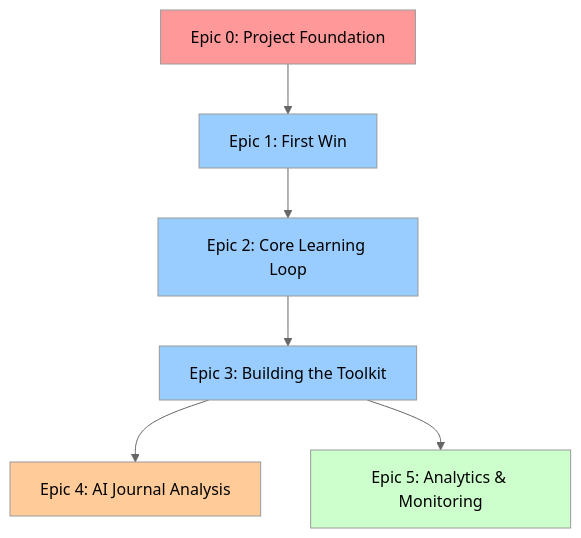
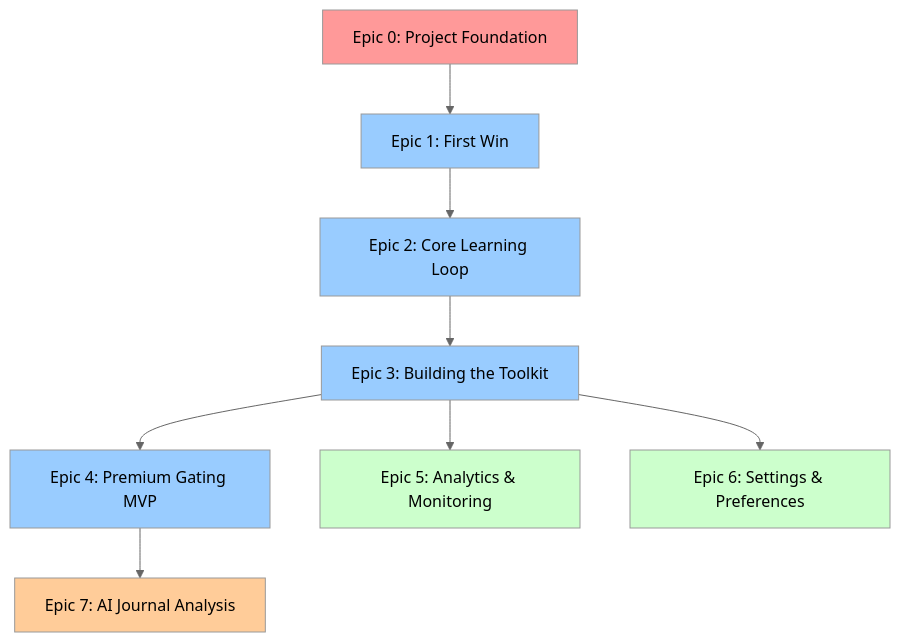
The diagram in docs/epics/index.md (dhargitai/lattixiq), drawn with Mermaid (neutral theme) before and after one commit. The commit also changed other lines of this file and 2 other files, not shown here.

Commit message:
Restructure Epic 4 for simplified premium gating with content blocks table and move advanced AI features to Epic 7

````diff
--- a/docs/epics/index.md
+++ b/docs/epics/index.md
@@ -7,15 +7,19 @@
 ```mermaid
 graph TD
     E0[Epic 0: Project Foundation] --> E1[Epic 1: First Win]
     E1 --> E2[Epic 2: Core Learning Loop]
     E2 --> E3[Epic 3: Building the Toolkit]
-    E3 --> E4[Epic 4: AI Journal Analysis]
+    E3 --> E4[Epic 4: Premium Gating MVP]
     E3 --> E5[Epic 5: Analytics & Monitoring]
-    
+    E3 --> E6[Epic 6: Settings & Preferences]
+    E4 --> E7[Epic 7: AI Journal Analysis]
+
     style E0 fill:#ff9999
     style E1 fill:#99ccff
     style E2 fill:#99ccff
     style E3 fill:#99ccff
-    style E4 fill:#ffcc99
+    style E4 fill:#99ccff
     style E5 fill:#ccffcc
+    style E6 fill:#ccffcc
+    style E7 fill:#ffcc99
 ```
````
